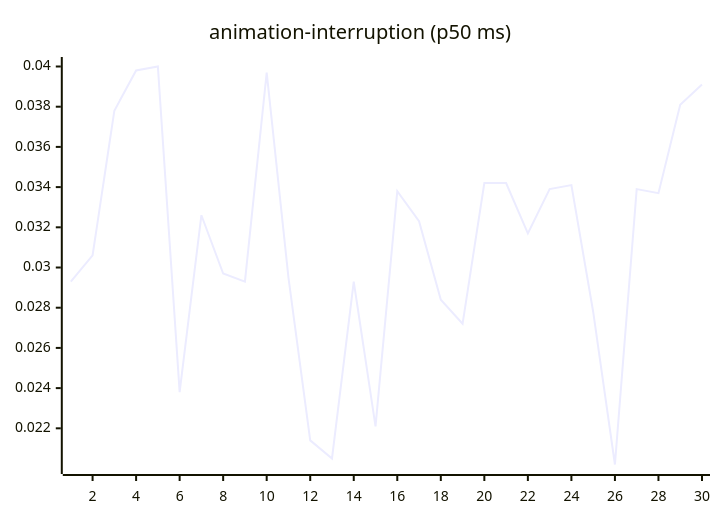
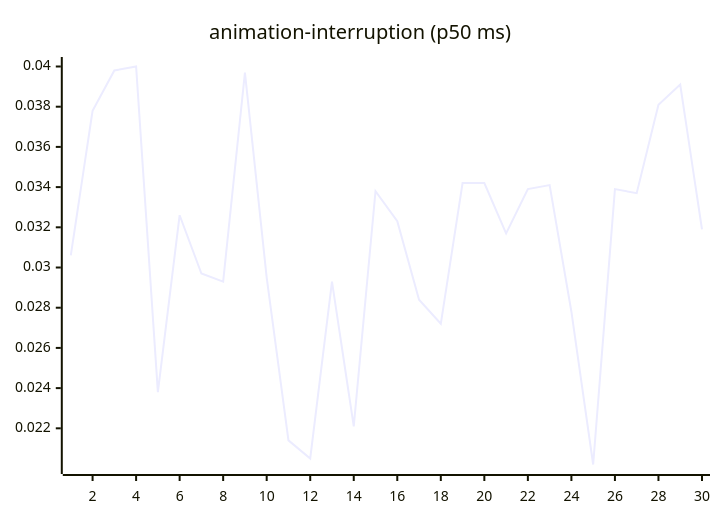
The third of 27 diagrams in README.md (josha/Facet), drawn with Mermaid before and after one commit. The commit also changed other lines of this file and 2 other files, not shown here.

````diff
--- a/README.md
+++ b/README.md
@@ -77,6 +77,6 @@
 ```mermaid
 xychart-beta
     title "animation-interruption (p50 ms)"
     x-axis 1 --> 30
-    line [0.0293, 0.0306, 0.0378, 0.0398, 0.0400, 0.0238, 0.0326, 0.0297, 0.0293, 0.0397, 0.0295, 0.0214, 0.0205, 0.0293, 0.0221, 0.0338, 0.0323, 0.0284, 0.0272, 0.0342, 0.0342, 0.0317, 0.0339, 0.0341, 0.0278, 0.0202, 0.0339, 0.0337, 0.0381, 0.0391]
+    line [0.0306, 0.0378, 0.0398, 0.0400, 0.0238, 0.0326, 0.0297, 0.0293, 0.0397, 0.0295, 0.0214, 0.0205, 0.0293, 0.0221, 0.0338, 0.0323, 0.0284, 0.0272, 0.0342, 0.0342, 0.0317, 0.0339, 0.0341, 0.0278, 0.0202, 0.0339, 0.0337, 0.0381, 0.0391, 0.0319]
 ```
````
